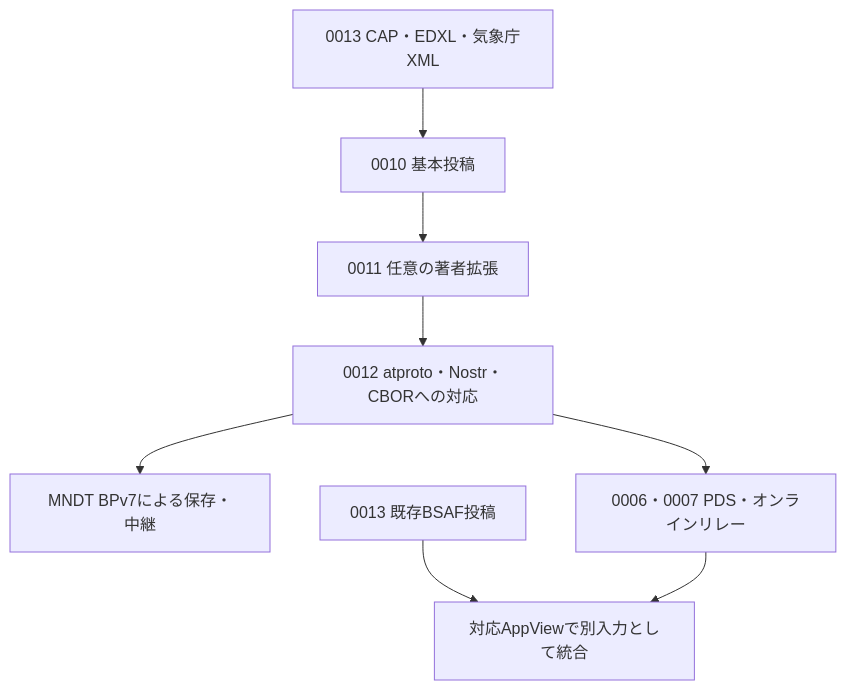
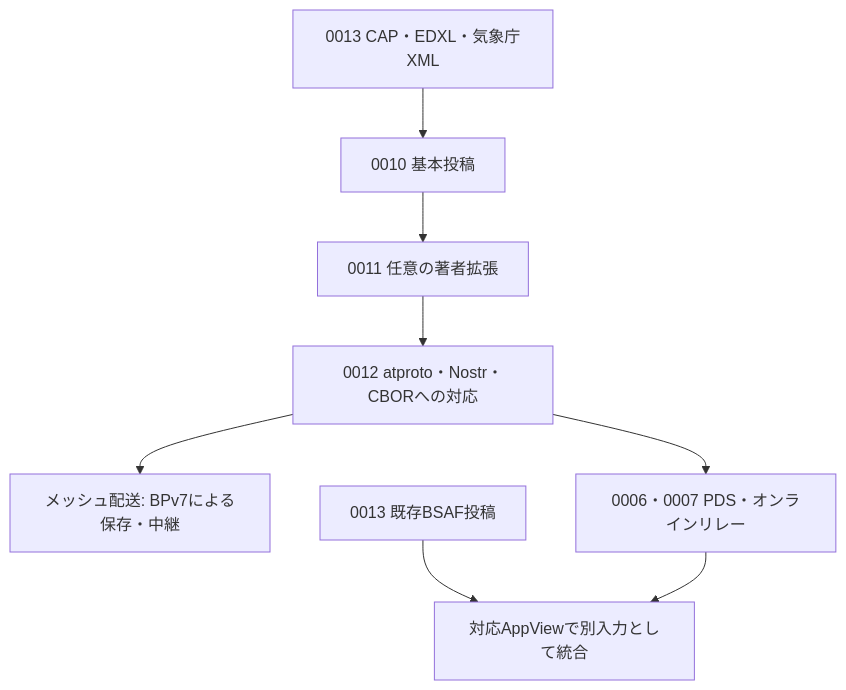
One commit to jphacks/sd_2607 changed the diagram in protocol/README.md. Above: the diagram before and after it, drawn with Mermaid. The commit also changed other lines of this file and 26 other files, not shown here.

````diff
--- a/protocol/README.md
+++ b/protocol/README.md
@@ -27,10 +27,10 @@
 ```mermaid
 flowchart TD
   A[0010 基本投稿] --> B[0011 任意の著者拡張]
   B --> C[0012 atproto・Nostr・CBORへの対応]
-  C --> D[MNDT BPv7による保存・中継]
+  C --> D[メッシュ配送: BPv7による保存・中継]
   C --> E[0006・0007 PDS・オンラインリレー]
   F[0013 CAP・EDXL・気象庁XML] --> A
   G[0013 既存BSAF投稿] --> H[対応AppViewで別入力として統合]
   E --> H
 ```
````
